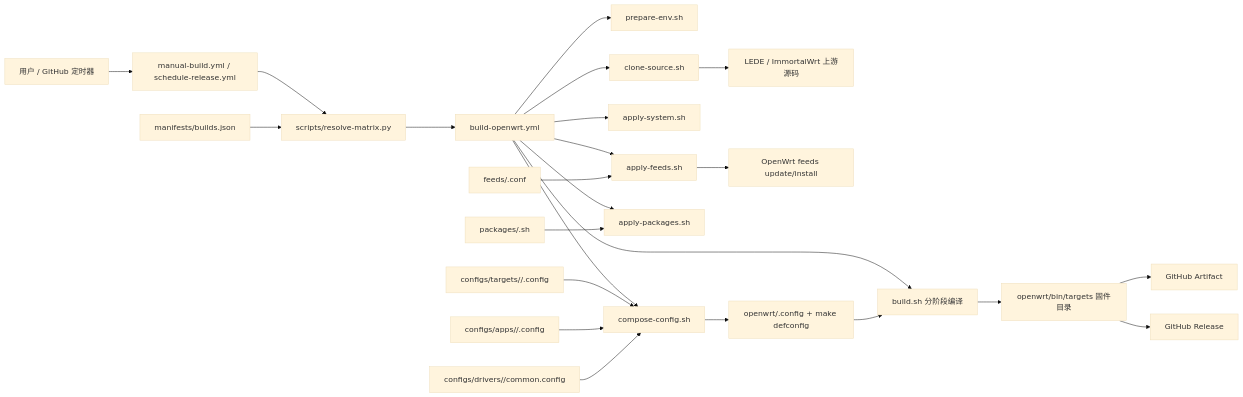
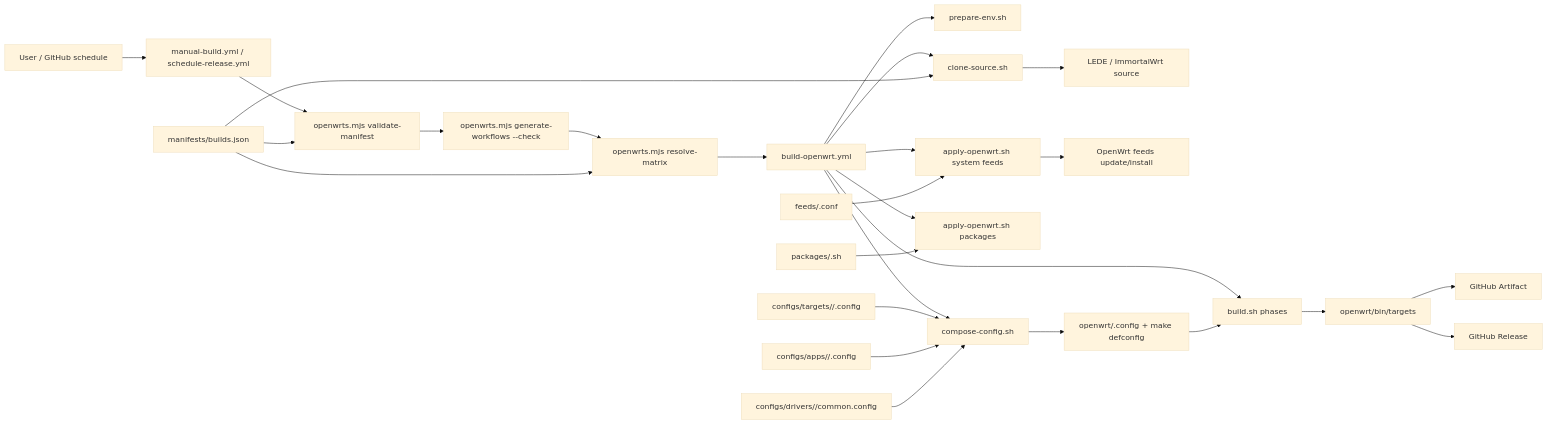
Before and after one commit to bigbugcc/OpenWrts: the first of 2 diagrams in docs/project-analysis.md, drawn with Mermaid (base theme). The commit also changed other lines of this file and 20 other files, not shown here.

Commit message:
Refactor workflow generation and OpenWrt build scripts

````diff
--- a/docs/project-analysis.md
+++ b/docs/project-analysis.md
@@ -14,31 +13,34 @@
 ```mermaid
 flowchart LR
-    User["用户 / GitHub 定时器"] --> Entry["manual-build.yml / schedule-release.yml"]
-    Entry --> Resolver["scripts/resolve-matrix.py"]
-    Manifest["manifests/builds.json"] --> Resolver
-    Resolver --> Reusable["build-openwrt.yml"]
+    User["User / GitHub schedule"] --> Entry["manual-build.yml / schedule-release.yml"]
+    Entry --> Validate["openwrts.mjs validate-manifest"]
+    Validate --> Check["openwrts.mjs generate-workflows --check"]
+    Check --> Matrix["openwrts.mjs resolve-matrix"]
+    Manifest["manifests/builds.json"] --> Validate
+    Manifest --> Matrix
+    Matrix --> Reusable["build-openwrt.yml"]
 
     Reusable --> Env["prepare-env.sh"]
-    Reusable --> Source["clone-source.sh"]
-    Source --> Upstream["LEDE / ImmortalWrt 上游源码"]
+    Reusable --> Clone["clone-source.sh"]
+    Manifest --> Clone
+    Clone --> Upstream["LEDE / ImmortalWrt source"]
 
-    Reusable --> System["apply-system.sh"]
-    Reusable --> Feeds["apply-feeds.sh"]
-    FeedsCfg["feeds/<repo>.conf"] --> Feeds
-    Feeds --> FeedUpdate["OpenWrt feeds update/install"]
+    Reusable --> ApplyBase["apply-openwrt.sh system feeds"]
+    FeedsCfg["feeds/<repo>.conf"] --> ApplyBase
+    ApplyBase --> FeedUpdate["OpenWrt feeds update/install"]
 
-    Reusable --> Packages["apply-packages.sh"]
-    PkgScript["packages/<repo>.sh"] --> Packages
+    Reusable --> ApplyPkgs["apply-openwrt.sh packages"]
+    PkgScript["packages/<repo>.sh"] --> ApplyPkgs
 
     Reusable --> Config["compose-config.sh"]
     TargetCfg["configs/targets/<repo>/<device>.config"] --> Config
     AppCfg["configs/apps/<repo>/<flavor>.config"] --> Config
     DriverCfg["configs/drivers/<repo>/common.config"] --> Config
     Config --> DotConfig["openwrt/.config + make defconfig"]
 
-    Reusable --> Build["build.sh 分阶段编译"]
+    Reusable --> Build["build.sh phases"]
     DotConfig --> Build
-    Build --> Firmware["openwrt/bin/targets 固件目录"]
+    Build --> Firmware["openwrt/bin/targets"]
     Firmware --> Artifact["GitHub Artifact"]
     Firmware --> Release["GitHub Release"]
 ```
````
